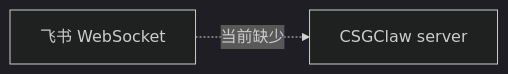
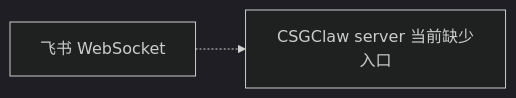
One commit to GatewayJ/csgclaw changed the fifth of 12 diagrams in docs/channel/codex-feishu.zh.md. Above: the diagram before and after it, drawn with Mermaid (dark theme). The commit also changed other lines of this file, not shown here.

Commit message:
docs: simplify mermaid sequence syntax

````diff
--- a/docs/channel/codex-feishu.zh.md
+++ b/docs/channel/codex-feishu.zh.md
@@ -135,4 +135,6 @@
 ```mermaid
 flowchart LR
-    Feishu[飞书 WebSocket] -. 当前缺少 .-> CSGClaw[CSGClaw server]
+    Feishu[飞书 WebSocket]
+    CSGClaw[CSGClaw server 当前缺少入口]
+    Feishu -.-> CSGClaw
 ```
````
